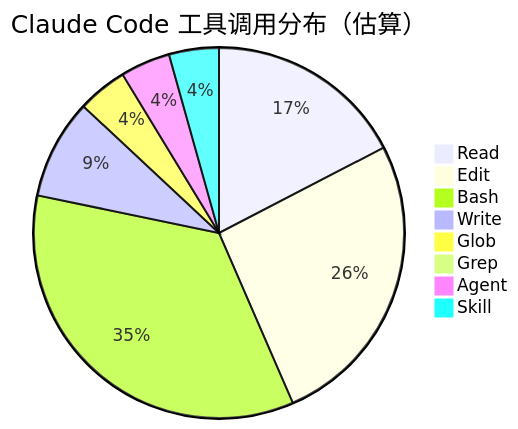
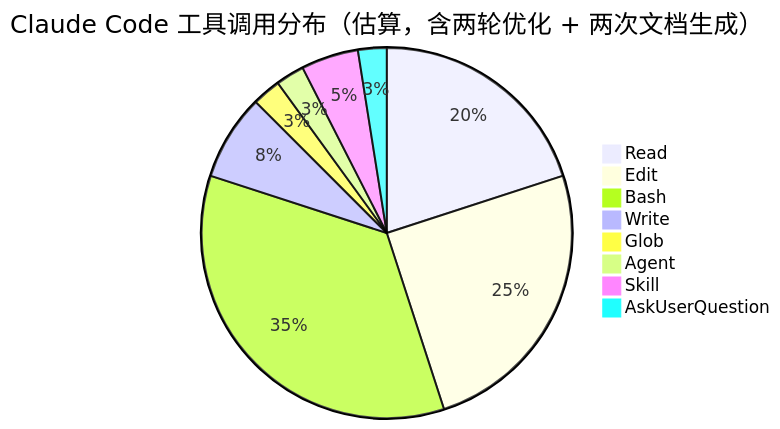
The fourth of 7 diagrams in doc/ai-explore/2026-04-13-my-explore-doc-record技能优化实践探索之旅.md (chujun/aiubuntu1-sh), drawn with Mermaid before and after one commit. The commit also changed other lines of this file, not shown here.

````diff
--- a/doc/ai-explore/2026-04-13-my-explore-doc-record技能优化实践探索之旅.md
+++ b/doc/ai-explore/2026-04-13-my-explore-doc-record技能优化实践探索之旅.md
@@ -185,11 +207,11 @@
 ```mermaid
-pie title Claude Code 工具调用分布（估算）
-    "Read" : 4
-    "Edit" : 6
-    "Bash" : 8
-    "Write" : 2
+pie title Claude Code 工具调用分布（估算，含两轮优化 + 两次文档生成）
+    "Read" : 8
+    "Edit" : 10
+    "Bash" : 14
+    "Write" : 3
     "Glob" : 1
-    "Grep" : 0
     "Agent" : 1
-    "Skill" : 1
+    "Skill" : 2
+    "AskUserQuestion" : 1
 ```
````
